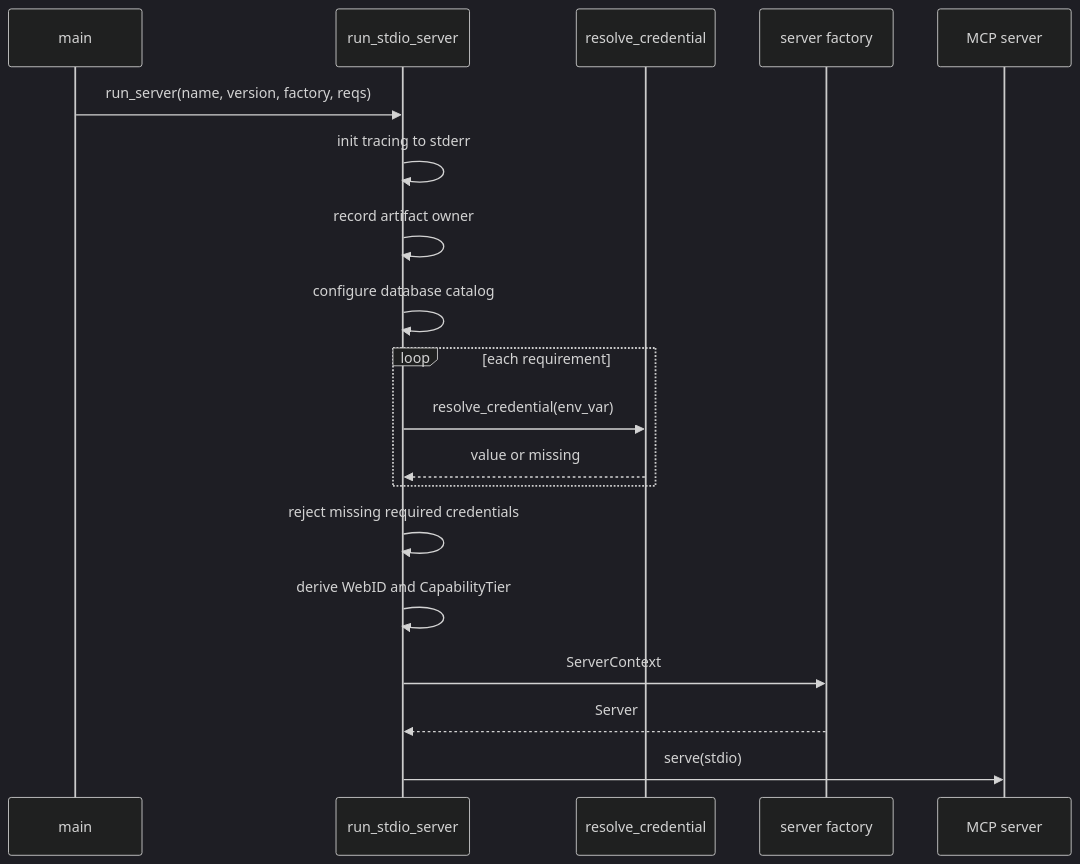
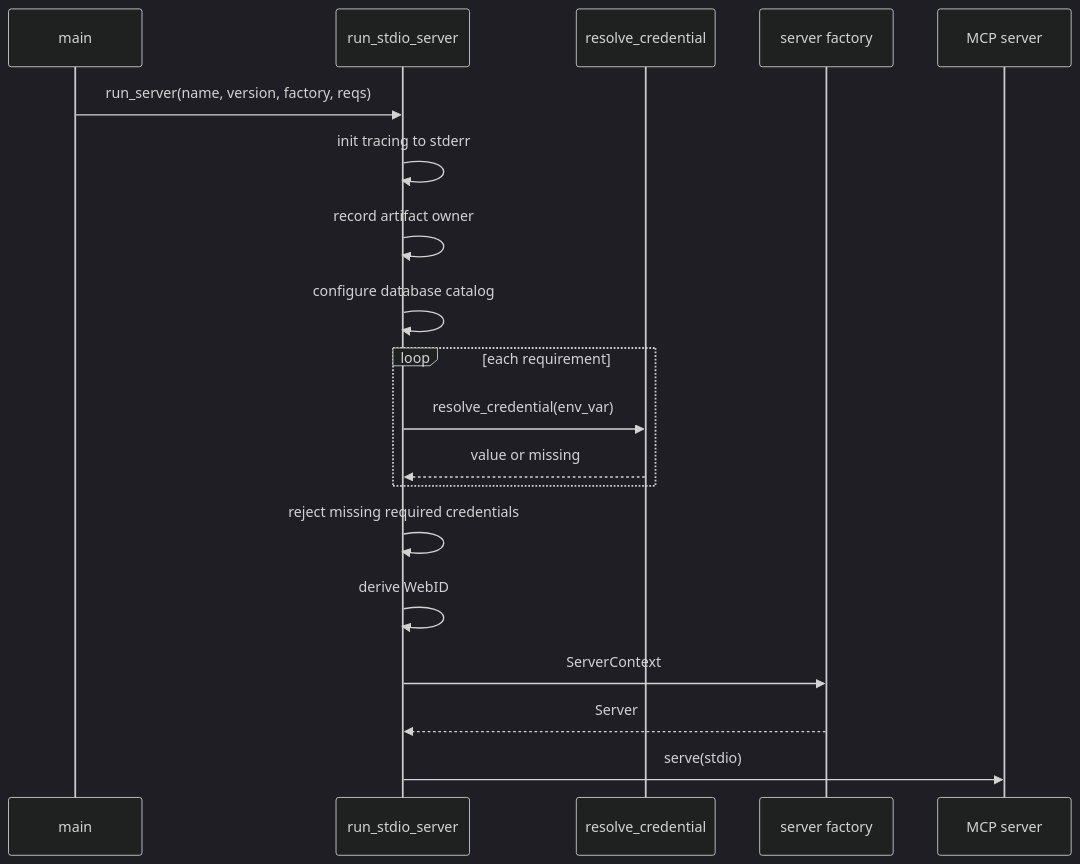
Before and after one commit to mdz-axo/zed-kask: the diagram in kask/docs/diataxis/hkask-mcp-server/explanation.md, drawn with Mermaid (dark theme). The commit also changed other lines of this file and 27 other files, not shown here.

````diff
--- a/kask/docs/diataxis/hkask-mcp-server/explanation.md
+++ b/kask/docs/diataxis/hkask-mcp-server/explanation.md
@@ -19,22 +19,22 @@
 ```mermaid
 sequenceDiagram
     participant Main as main
     participant Bootstrap as run_stdio_server
     participant Resolver as resolve_credential
     participant Factory as server factory
     participant Server as MCP server
 
     Main->>Bootstrap: run_server(name, version, factory, reqs)
     Bootstrap->>Bootstrap: init tracing to stderr
     Bootstrap->>Bootstrap: record artifact owner
     Bootstrap->>Bootstrap: configure database catalog
     loop each requirement
         Bootstrap->>Resolver: resolve_credential(env_var)
         Resolver-->>Bootstrap: value or missing
     end
     Bootstrap->>Bootstrap: reject missing required credentials
-    Bootstrap->>Bootstrap: derive WebID and CapabilityTier
+    Bootstrap->>Bootstrap: derive WebID
     Bootstrap->>Factory: ServerContext
     Factory-->>Bootstrap: Server
     Bootstrap->>Server: serve(stdio)
 ```
````
